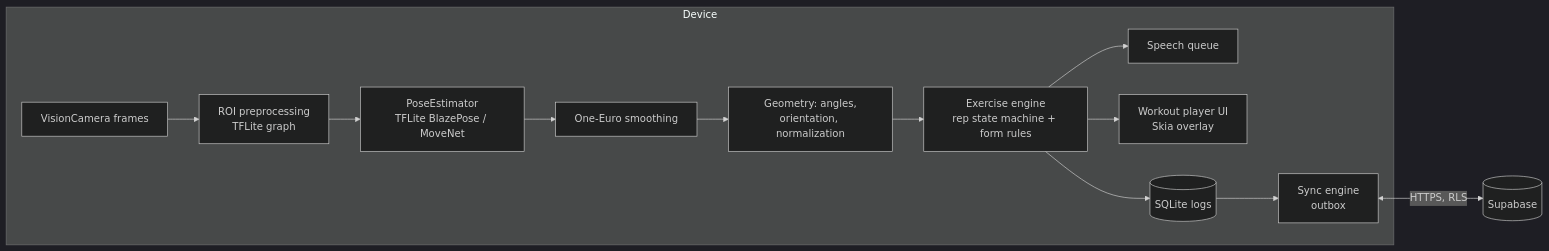
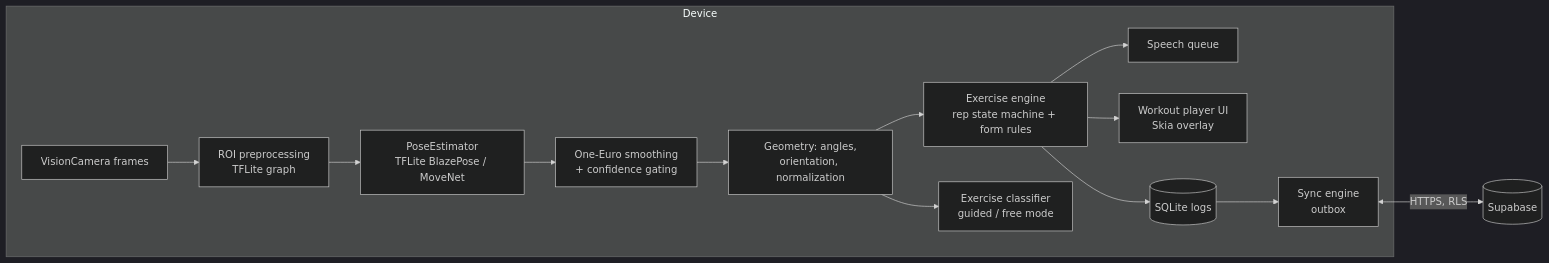
One commit to nandalalshukla/fitAi changed the diagram in docs/ARCHITECTURE.md. Above: the diagram before and after it, drawn with Mermaid (dark theme). The commit also changed 6 other files, not shown here.

````diff
--- a/docs/ARCHITECTURE.md
+++ b/docs/ARCHITECTURE.md
@@ -6,15 +6,16 @@
 ```mermaid
 flowchart LR
   subgraph Device
     CAM[VisionCamera frames] --> PRE[ROI preprocessing<br/>TFLite graph]
     PRE --> POSE[PoseEstimator<br/>TFLite BlazePose / MoveNet]
-    POSE --> SMOOTH[One-Euro smoothing]
+    POSE --> SMOOTH[One-Euro smoothing<br/>+ confidence gating]
     SMOOTH --> GEO[Geometry: angles,<br/>orientation, normalization]
     GEO --> ENGINE[Exercise engine<br/>rep state machine + form rules]
+    GEO --> CLS[Exercise classifier<br/>guided / free mode]
     ENGINE --> VOICE[Speech queue]
     ENGINE --> UI[Workout player UI<br/>Skia overlay]
     ENGINE --> DB[(SQLite logs)]
     DB --> SYNC[Sync engine<br/>outbox]
   end
   SYNC <-->|HTTPS, RLS| SB[(Supabase)]
 ```
````
